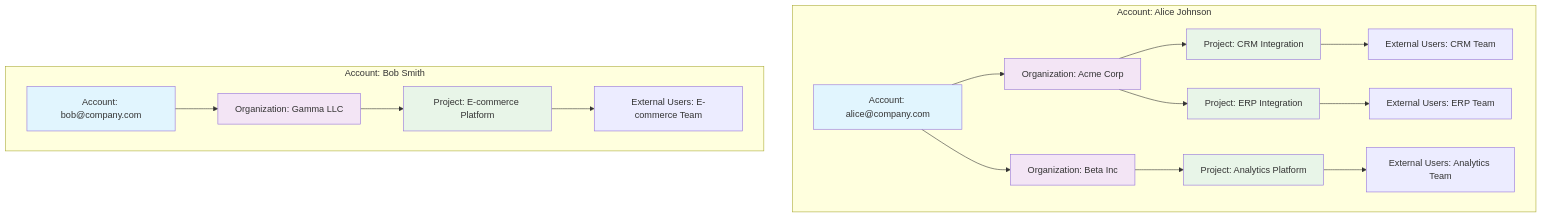
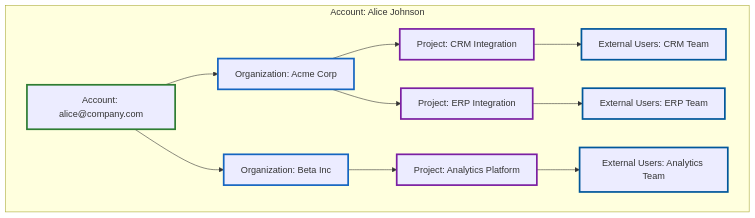
The seventh of 12 diagrams in docs/architecture/data-model.md (grant-js/grant), drawn with Mermaid before and after one commit. The commit also changed other lines of this file and 1791 other files, not shown here.

````diff
--- a/docs/architecture/data-model.md
+++ b/docs/architecture/data-model.md
@@ -136,34 +139,26 @@
 ```mermaid
 graph TB
     subgraph "Account: Alice Johnson"
         A1[Account: alice@company.com]
         A1 --> O1[Organization: Acme Corp]
         A1 --> O2[Organization: Beta Inc]
 
         O1 --> P1[Project: CRM Integration]
         O1 --> P2[Project: ERP Integration]
         O2 --> P3[Project: Analytics Platform]
 
         P1 --> U1[External Users: CRM Team]
         P2 --> U2[External Users: ERP Team]
         P3 --> U3[External Users: Analytics Team]
     end
 
-    subgraph "Account: Bob Smith"
-        B1[Account: bob@company.com]
-        B1 --> O3[Organization: Gamma LLC]
-
-        O3 --> P4[Project: E-commerce Platform]
-        P4 --> U4[External Users: E-commerce Team]
-    end
-
-    style A1 fill:#e1f5fe
-    style B1 fill:#e1f5fe
-    style O1 fill:#f3e5f5
-    style O2 fill:#f3e5f5
-    style O3 fill:#f3e5f5
-    style P1 fill:#e8f5e8
-    style P2 fill:#e8f5e8
-    style P3 fill:#e8f5e8
-    style P4 fill:#e8f5e8
+    style A1 stroke:#2e7d32,stroke-width:3px
+    style O1 stroke:#1565c0,stroke-width:3px
+    style O2 stroke:#1565c0,stroke-width:3px
+    style P1 stroke:#7b1fa2,stroke-width:3px
+    style P2 stroke:#7b1fa2,stroke-width:3px
+    style P3 stroke:#7b1fa2,stroke-width:3px
+    style U1 stroke:#01579b,stroke-width:3px
+    style U2 stroke:#01579b,stroke-width:3px
+    style U3 stroke:#01579b,stroke-width:3px
 ```
````
